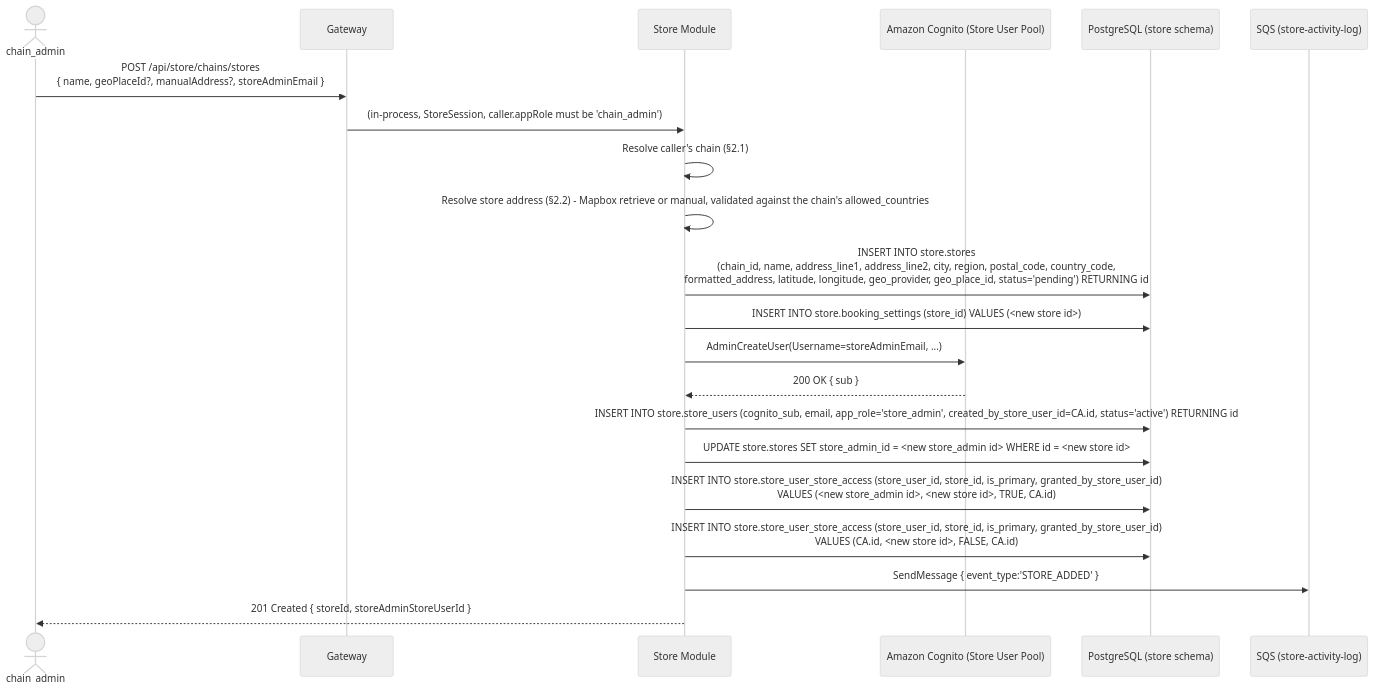
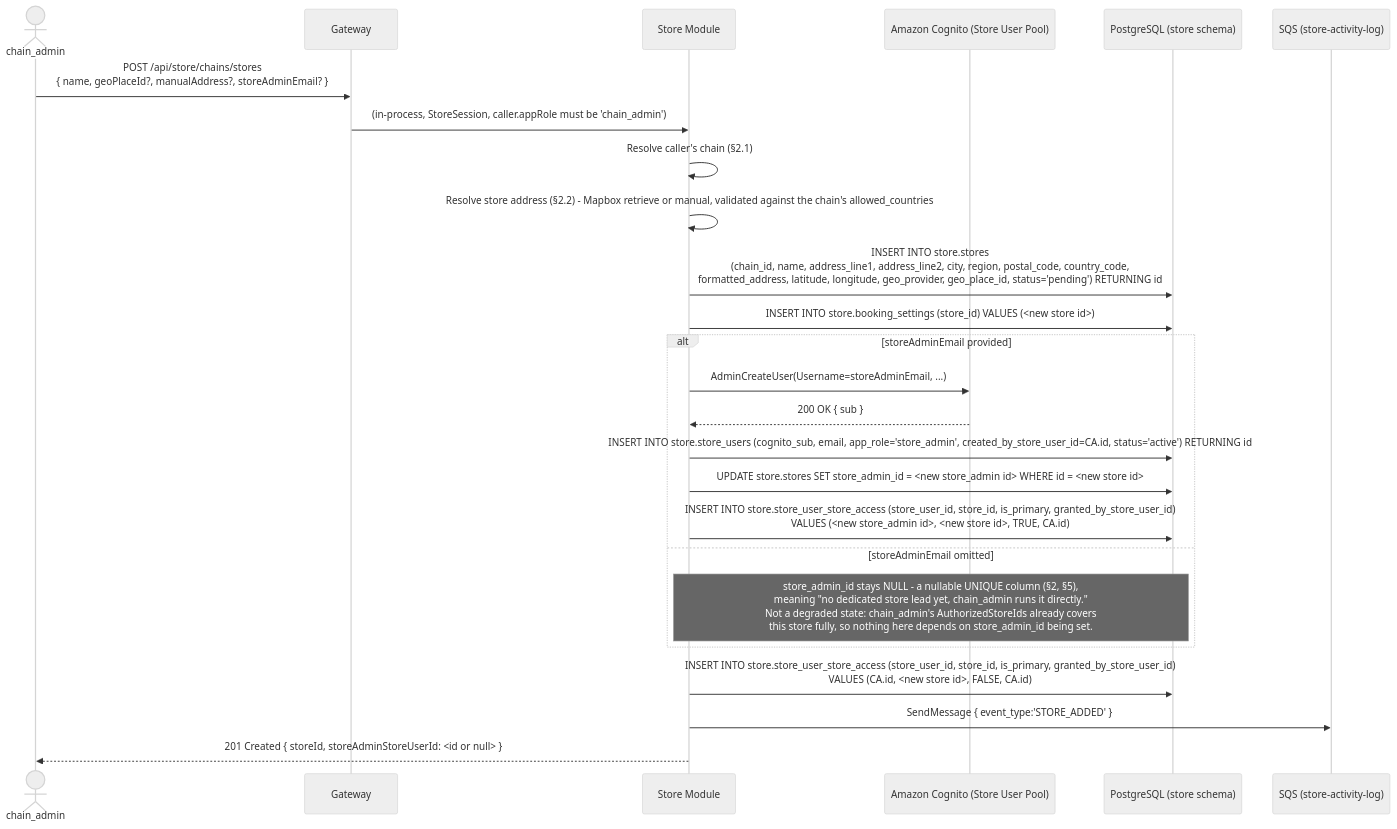
One commit to szhanggit/appointmentsystemdesign changed the sixth of 12 diagrams in usercasestudy/growayshop-registration-workflow.md. Above: the diagram before and after it, drawn with Mermaid (neutral theme). The commit also changed other lines of this file and 13 other files, not shown here.

````diff
--- a/usercasestudy/growayshop-registration-workflow.md
+++ b/usercasestudy/growayshop-registration-workflow.md
@@ -293,24 +432,28 @@
 ```mermaid
 sequenceDiagram
     actor CA as chain_admin
     participant GW as Gateway
     participant SM as Store Module
     participant SCOG as Amazon Cognito (Store User Pool)
     participant DB as PostgreSQL (store schema)
     participant SQSQ as SQS (store-activity-log)
 
-    CA->>GW: POST /api/store/chains/stores<br/>{ name, geoPlaceId?, manualAddress?, storeAdminEmail }
+    CA->>GW: POST /api/store/chains/stores<br/>{ name, geoPlaceId?, manualAddress?, storeAdminEmail? }
     GW->>SM: (in-process, StoreSession, caller.appRole must be 'chain_admin')
     SM->>SM: Resolve caller's chain (§2.1)
     SM->>SM: Resolve store address (§2.2) - Mapbox retrieve or manual, validated against the chain's allowed_countries
     SM->>DB: INSERT INTO store.stores<br/>(chain_id, name, address_line1, address_line2, city, region, postal_code, country_code,<br/>formatted_address, latitude, longitude, geo_provider, geo_place_id, status='pending') RETURNING id
     SM->>DB: INSERT INTO store.booking_settings (store_id) VALUES (<new store id>)
-    SM->>SCOG: AdminCreateUser(Username=storeAdminEmail, ...)
-    SCOG-->>SM: 200 OK { sub }
-    SM->>DB: INSERT INTO store.store_users (cognito_sub, email, app_role='store_admin', created_by_store_user_id=CA.id, status='active') RETURNING id
-    SM->>DB: UPDATE store.stores SET store_admin_id = <new store_admin id> WHERE id = <new store id>
-    SM->>DB: INSERT INTO store.store_user_store_access (store_user_id, store_id, is_primary, granted_by_store_user_id)<br/>VALUES (<new store_admin id>, <new store id>, TRUE, CA.id)
+    alt storeAdminEmail provided
+        SM->>SCOG: AdminCreateUser(Username=storeAdminEmail, ...)
+        SCOG-->>SM: 200 OK { sub }
+        SM->>DB: INSERT INTO store.store_users (cognito_sub, email, app_role='store_admin', created_by_store_user_id=CA.id, status='active') RETURNING id
+        SM->>DB: UPDATE store.stores SET store_admin_id = <new store_admin id> WHERE id = <new store id>
+        SM->>DB: INSERT INTO store.store_user_store_access (store_user_id, store_id, is_primary, granted_by_store_user_id)<br/>VALUES (<new store_admin id>, <new store id>, TRUE, CA.id)
+    else storeAdminEmail omitted
+        Note over SM,DB: store_admin_id stays NULL - a nullable UNIQUE column (§2, §5),<br/>meaning "no dedicated store lead yet, chain_admin runs it directly."<br/>Not a degraded state: chain_admin's AuthorizedStoreIds already covers<br/>this store fully, so nothing here depends on store_admin_id being set.
+    end
     SM->>DB: INSERT INTO store.store_user_store_access (store_user_id, store_id, is_primary, granted_by_store_user_id)<br/>VALUES (CA.id, <new store id>, FALSE, CA.id)
     SM->>SQSQ: SendMessage { event_type:'STORE_ADDED' }
-    SM-->>CA: 201 Created { storeId, storeAdminStoreUserId }
+    SM-->>CA: 201 Created { storeId, storeAdminStoreUserId: <id or null> }
 ```
````
